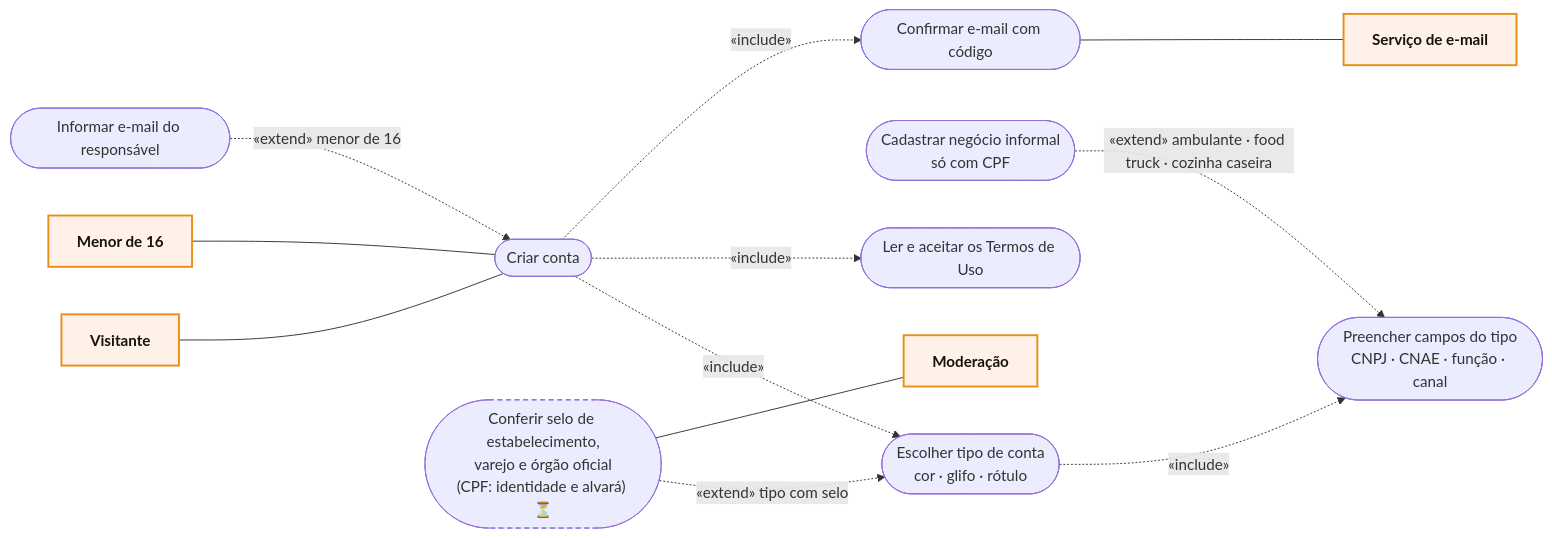
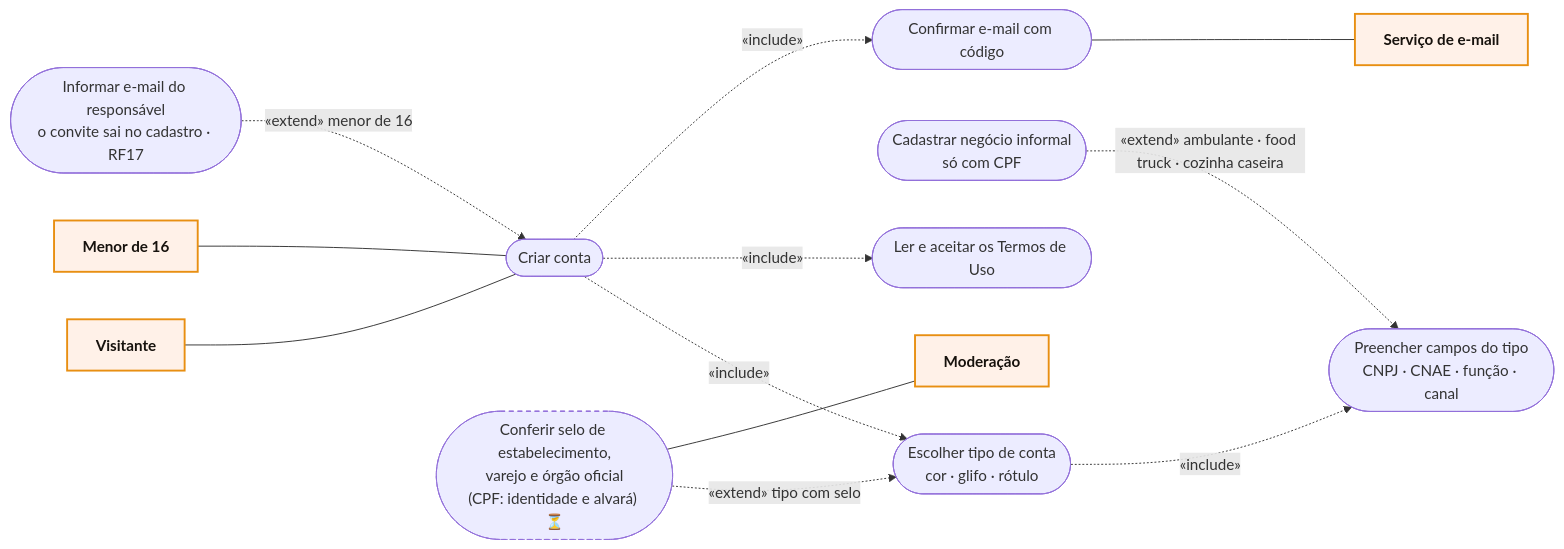
The diagram in docs/RF1/casos-de-uso.md (MatheusHaliski/Friendly-Eats), drawn with Mermaid before and after one commit. The commit also changed 71 other files, not shown here.

````diff
--- a/docs/RF1/casos-de-uso.md
+++ b/docs/RF1/casos-de-uso.md
@@ -5,32 +5,32 @@
 ```mermaid
 flowchart LR
     V["Visitante"]:::actor
     M["Menor de 16"]:::actor
 
     UC1(["Criar conta"])
     UC2(["Escolher tipo de conta<br/>cor · glifo · rótulo"])
     UC3(["Preencher campos do tipo<br/>CNPJ · CNAE · função · canal"])
     UC8(["Cadastrar negócio informal<br/>só com CPF"])
     UC4(["Ler e aceitar os Termos de Uso"])
     UC5(["Confirmar e-mail com código"])
-    UC6(["Informar e-mail do responsável"])
+    UC6(["Informar e-mail do responsável<br/>o convite sai no cadastro · RF17"])
     UC7(["Conferir selo de estabelecimento,<br/>varejo e órgão oficial<br/>(CPF: identidade e alvará) ⏳"]):::planned
 
     MOD["Moderação"]:::actor
     MAIL["Serviço de e-mail"]:::actor
 
     V --- UC1
     M --- UC1
     UC1 -. «include» .-> UC2
     UC1 -. «include» .-> UC4
     UC1 -. «include» .-> UC5
     UC2 -. «include» .-> UC3
     UC6 -. «extend» menor de 16 .-> UC1
     UC8 -. «extend» ambulante · food truck · cozinha caseira .-> UC3
     UC7 -. «extend» tipo com selo .-> UC2
     UC7 --- MOD
     UC5 --- MAIL
 
     classDef actor fill:#FFF1E8,stroke:#E88F12,stroke-width:2px,color:#17120D,font-weight:bold
     classDef planned stroke-dasharray:5 4
 ```
````
